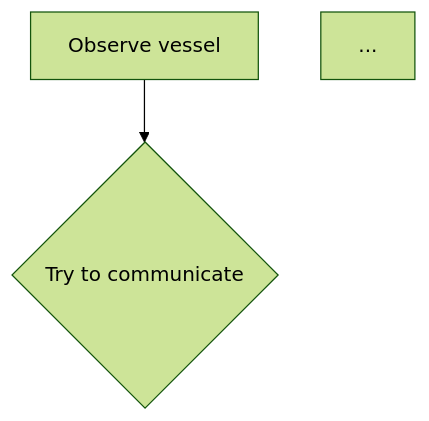
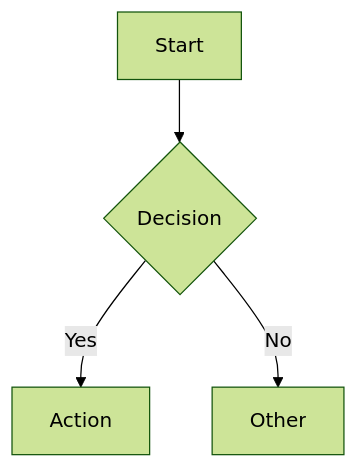
The diagram in docs/architecture/PIPELINE_DESIGN.md (wonderful-michelakis/danaos_processing), drawn with Mermaid (forest theme) before and after one commit. The commit also changed other lines of this file and 8 other files, not shown here.

````diff
--- a/docs/architecture/PIPELINE_DESIGN.md
+++ b/docs/architecture/PIPELINE_DESIGN.md
@@ -217,5 +187,10 @@
 ```mermaid
+%% entity_id: E003
+%% type: diagram
+%% confidence: 0.92
+
 graph TD
-    A[Observe vessel] --> B{Try to communicate}
-    ...
+    A[Start] --> B{Decision}
+    B -->|Yes| C[Action]
+    B -->|No| D[Other]
 ```
````
